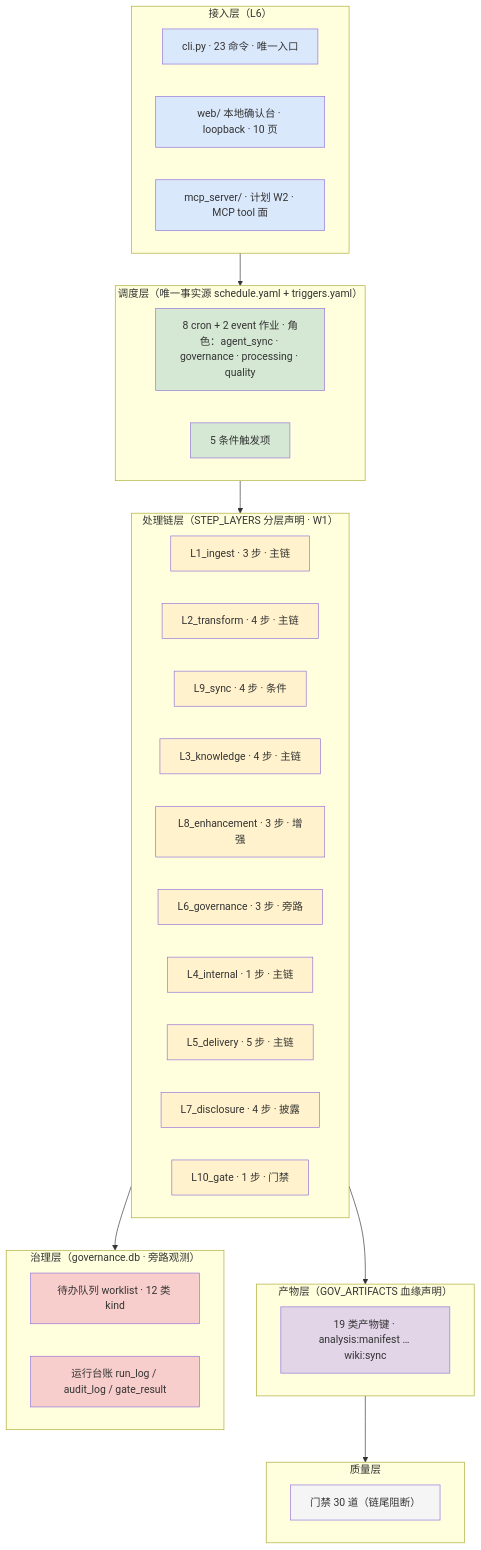
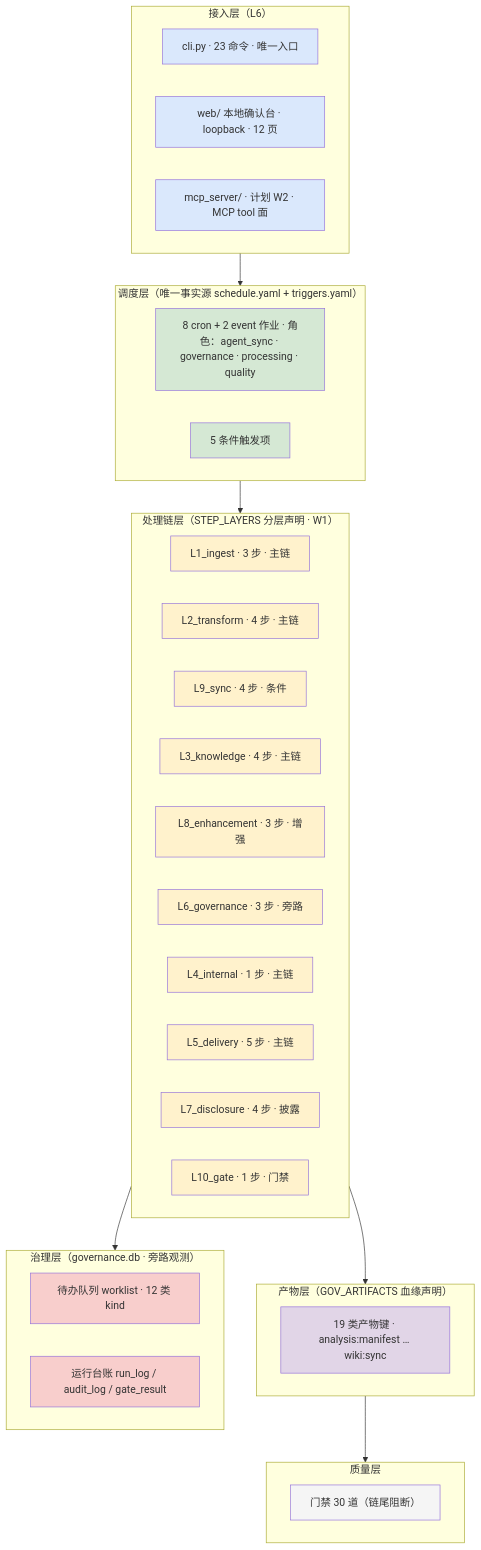
One commit to wangtierui/orchestrator changed the third of 4 diagrams in README.md. Above: the diagram before and after it, drawn with Mermaid. The commit also changed other lines of this file and 22 other files, not shown here.

First line of the commit message:
feat(console): 内网只读开放(分级) + 留言板 + 全局关系图谱 + 监管统计页（第一百一十一批）

````diff
--- a/README.md
+++ b/README.md
@@ -260,58 +260,58 @@
 ```mermaid
 flowchart TB
   subgraph ACC[接入层（L6）]
     CLI[cli.py · 23 命令 · 唯一入口]
-    WEB[web/ 本地确认台 · loopback · 10 页]
+    WEB[web/ 本地确认台 · loopback · 12 页]
     MCP[mcp_server/ · 计划 W2 · MCP tool 面]
   end
   subgraph SCHED[调度层（唯一事实源 schedule.yaml + triggers.yaml）]
     JOB[8 cron + 2 event 作业 · 角色：agent_sync · governance · processing · quality]
     TRG[5 条件触发项]
   end
   subgraph CHAIN[处理链层（STEP_LAYERS 分层声明 · W1）]
     L1ingest[L1_ingest · 3 步 · 主链]
     L2transform[L2_transform · 4 步 · 主链]
     L9sync[L9_sync · 4 步 · 条件]
     L3knowledge[L3_knowledge · 4 步 · 主链]
     L8enhancement[L8_enhancement · 3 步 · 增强]
     L6governance[L6_governance · 3 步 · 旁路]
     L4internal[L4_internal · 1 步 · 主链]
     L5delivery[L5_delivery · 5 步 · 主链]
     L7disclosure[L7_disclosure · 4 步 · 披露]
     L10gate[L10_gate · 1 步 · 门禁]
   end
   subgraph ART[产物层（GOV_ARTIFACTS 血缘声明）]
     ARTN[19 类产物键 · analysis:manifest … wiki:sync]
   end
   subgraph GOV[治理层（governance.db · 旁路观测）]
     WL[待办队列 worklist · 12 类 kind]
     LED[运行台账 run_log / audit_log / gate_result]
   end
   subgraph QUAL[质量层]
     GATES[门禁 30 道（链尾阻断）]
   end
   ACC --> SCHED --> CHAIN --> ART
   CHAIN --> GOV
   ART --> QUAL
   classDef acc fill:#dae8fc
   classDef sched fill:#d5e8d4
   classDef chain fill:#fff2cc
   classDef art fill:#e1d5e7
   classDef gov fill:#f8cecc
   classDef qual fill:#f5f5f5
   class CLI,WEB,MCP acc
   class JOB,TRG sched
   class L1ingest chain
   class L2transform chain
   class L9sync chain
   class L3knowledge chain
   class L8enhancement chain
   class L6governance chain
   class L4internal chain
   class L5delivery chain
   class L7disclosure chain
   class L10gate chain
   class ARTN art
   class WL,LED gov
   class GATES qual
 ```
````
